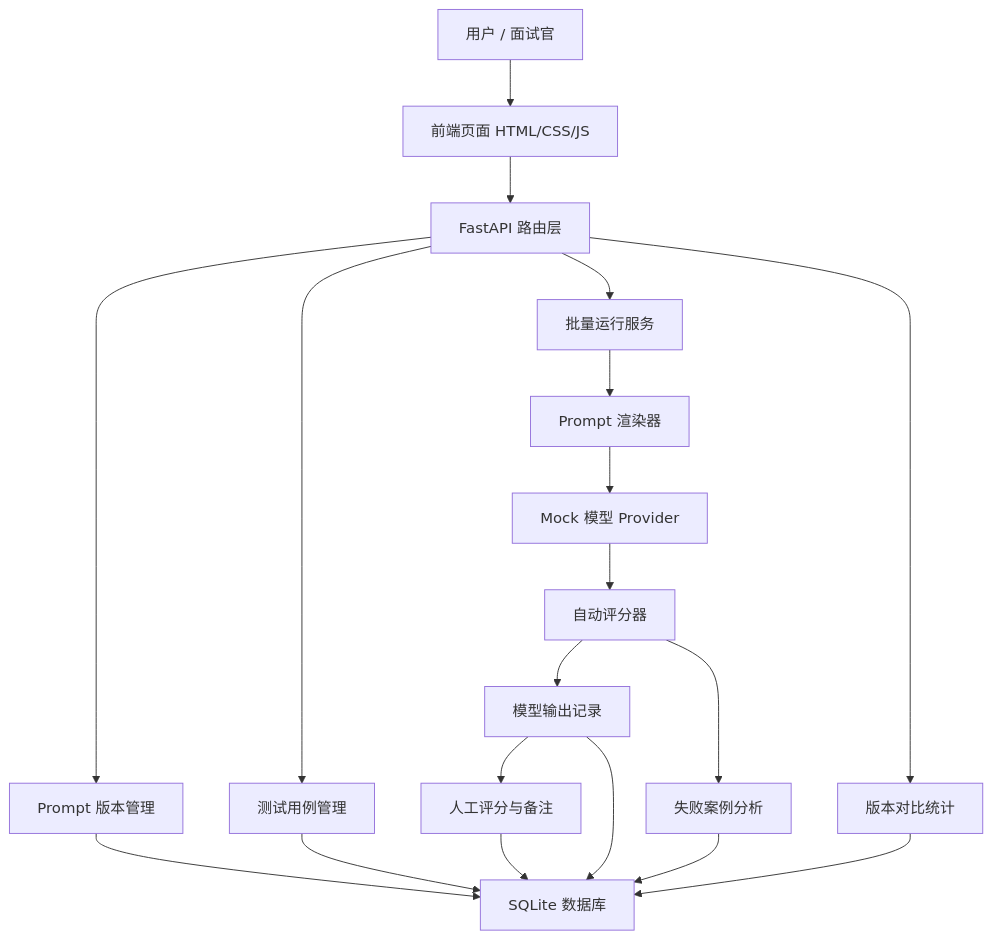
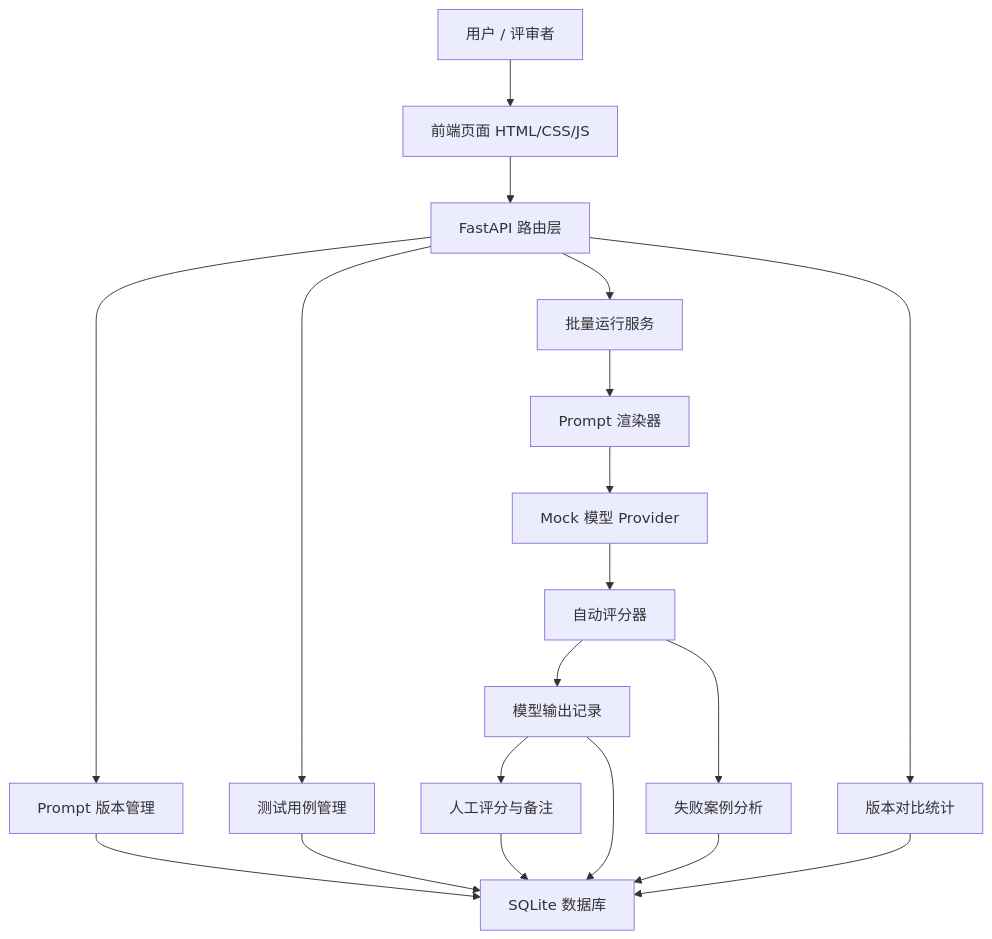
One commit to yan073747/promptops-evaluation-platform changed the first of 2 diagrams in docs/architecture_diagram.md. Above: the diagram before and after it, drawn with Mermaid. The commit also changed other lines of this file and 16 other files, not shown here.

````diff
--- a/docs/architecture_diagram.md
+++ b/docs/architecture_diagram.md
@@ -5,21 +5,21 @@
 ```mermaid
 flowchart TD
-    A["用户 / 面试官"] --> B["前端页面 HTML/CSS/JS"]
+    A["用户 / 评审者"] --> B["前端页面 HTML/CSS/JS"]
     B --> C["FastAPI 路由层"]
     C --> D["Prompt 版本管理"]
     C --> E["测试用例管理"]
     C --> F["批量运行服务"]
     F --> G["Prompt 渲染器"]
     G --> H["Mock 模型 Provider"]
     H --> I["自动评分器"]
     I --> J["模型输出记录"]
     I --> K["失败案例分析"]
     J --> L["人工评分与备注"]
     C --> M["版本对比统计"]
     D --> N["SQLite 数据库"]
     E --> N
     J --> N
     K --> N
     L --> N
     M --> N
 ```
````
